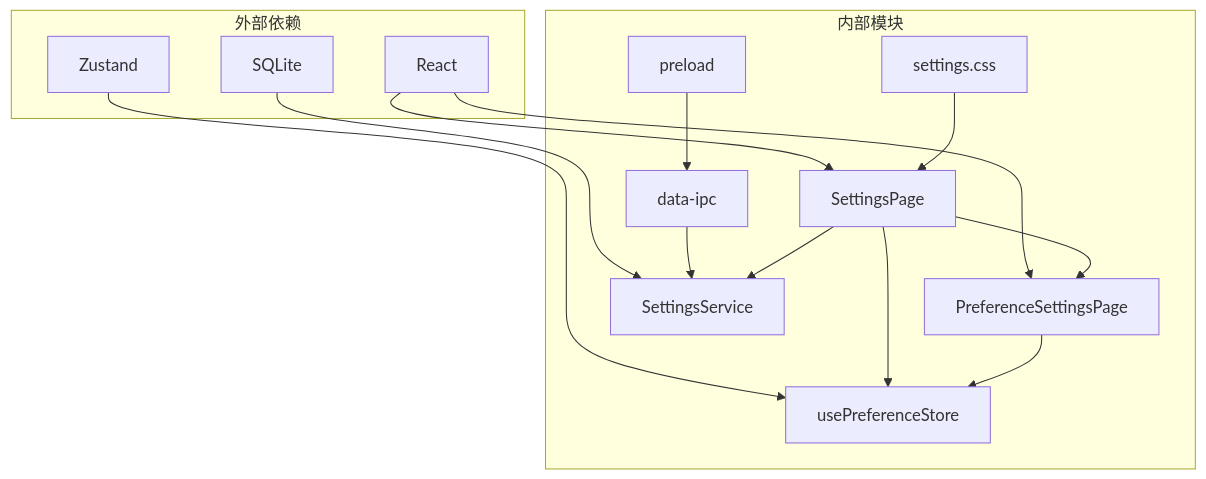
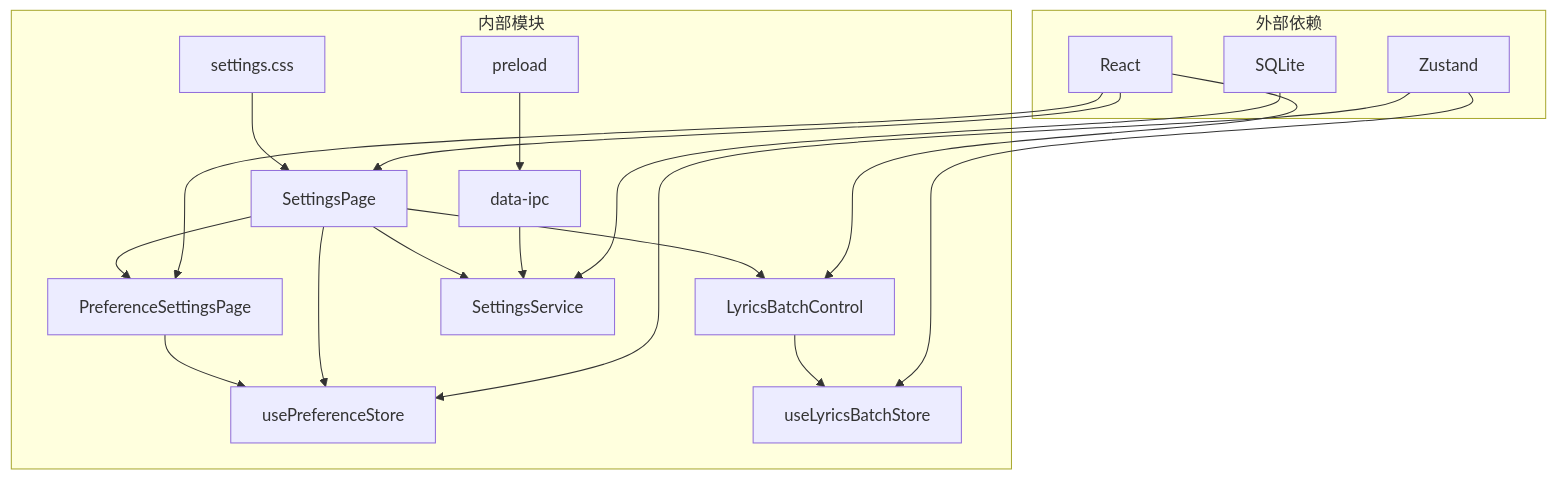
One commit to SeakyLuo/SMPlayerElectron changed diagram 13 of 13 in .qoder/repowiki/zh/content/用户界面/页面设计/专用页面组件/设置页面.md. Above: the diagram before and after it, drawn with Mermaid. The commit also changed other lines of this file and 13 other files, not shown here.

````diff
--- a/.qoder/repowiki/zh/content/用户界面/页面设计/专用页面组件/设置页面.md
+++ b/.qoder/repowiki/zh/content/用户界面/页面设计/专用页面组件/设置页面.md
@@ -493,28 +588,34 @@
 ```mermaid
 graph TB
 subgraph "外部依赖"
 REACT[React]
 ZUSTAND[Zustand]
 SQLITE[SQLite]
 end
 subgraph "内部模块"
 SP[SettingsPage]
 PSP[PreferenceSettingsPage]
+LBC[LyricsBatchControl]
 UPS[usePreferenceStore]
+ULBS[useLyricsBatchStore]
 SS[SettingsService]
 PRE[preload]
 DIP[data-ipc]
 CSS[settings.css]
 end
 REACT --> SP
 REACT --> PSP
+REACT --> LBC
 ZUSTAND --> UPS
+ZUSTAND --> ULBS
 SQLITE --> SS
 PRE --> DIP
 DIP --> SS
 SP --> PSP
+SP --> LBC
 SP --> UPS
 SP --> SS
+LBC --> ULBS
 PSP --> UPS
 CSS --> SP
 ```
````
